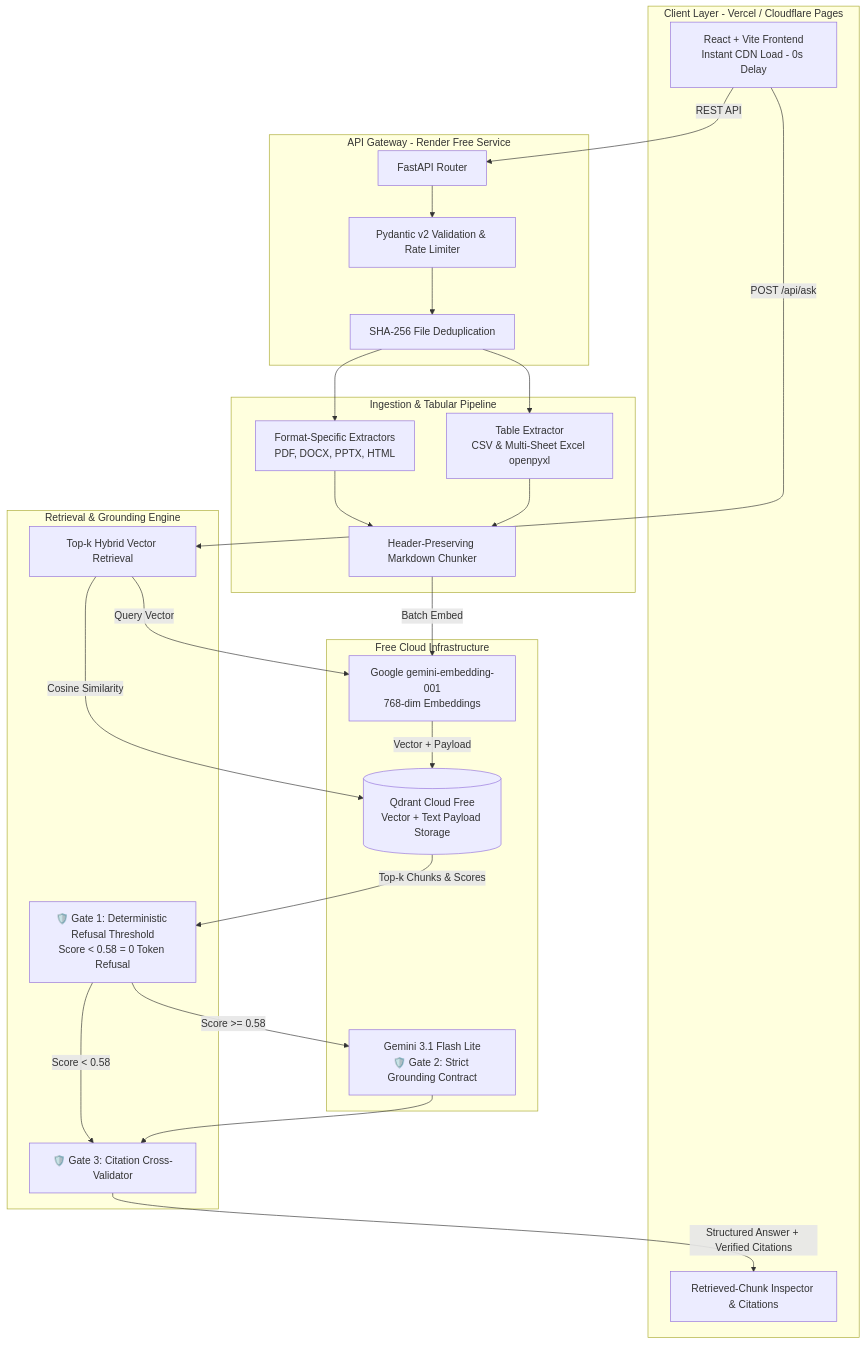
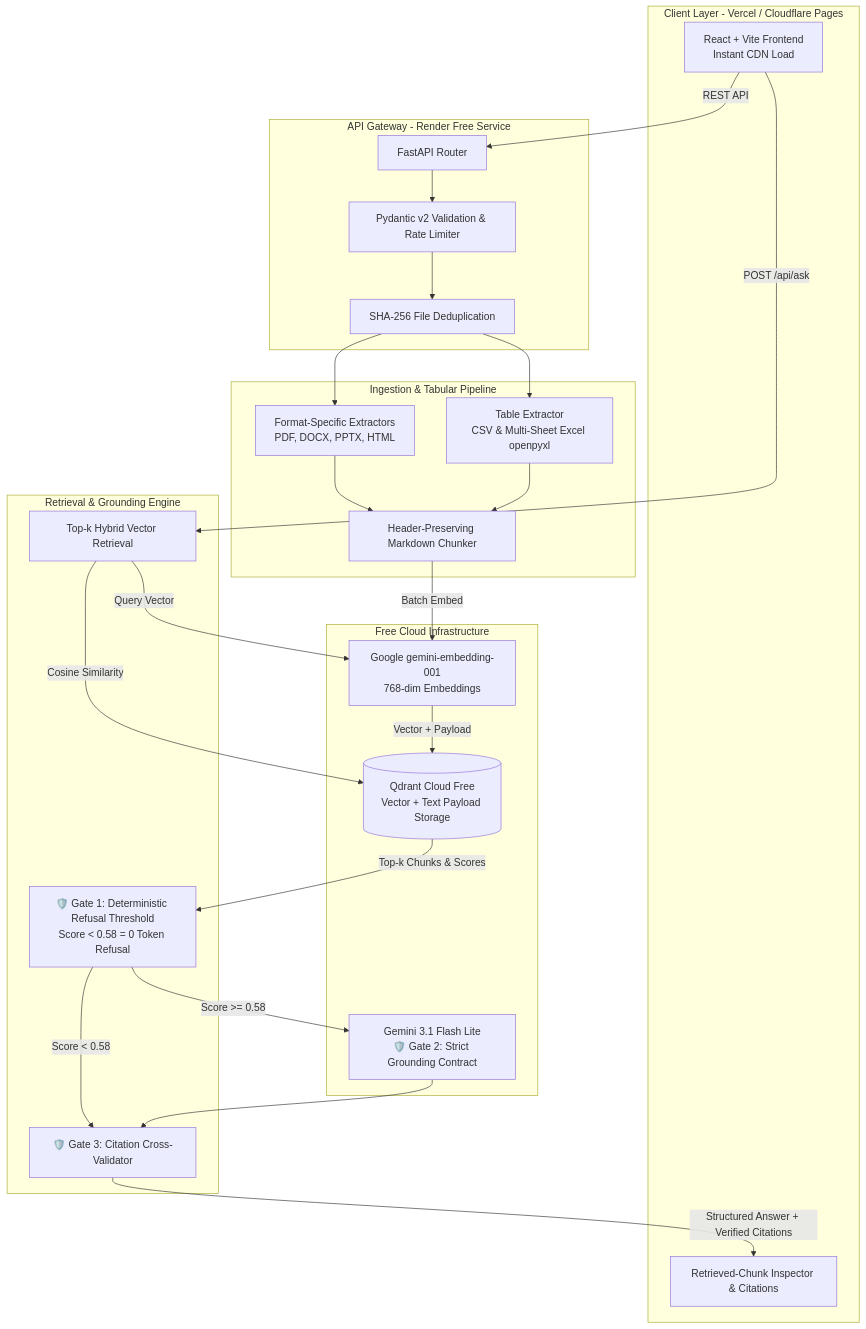
Before and after one commit to qudrat321/PolicyPilot-RAG: the first of 2 diagrams in README.md, drawn with Mermaid. The commit also changed other lines of this file and 9 other files, not shown here.

Commit message:
Support Urdu/Roman Urdu, fix favicon, add dark/light mode, add Dockerfile and fix GitHub mermaid

````diff
--- a/README.md
+++ b/README.md
@@ -26,47 +26,50 @@
 ```mermaid
 flowchart TD
-    subgraph Client [Client Layer - Vercel / Cloudflare Pages]
-        UI[React + Vite Frontend\nInstant CDN Load - 0s Delay]
-        INSP[Retrieved-Chunk Inspector & Citations]
+    subgraph Client ["Client Layer - Vercel / Cloudflare Pages"]
+        UI["React + Vite Frontend<br/>Instant CDN Load"]
+        INSP["Retrieved-Chunk Inspector & Citations"]
     end
 
-    subgraph Gateway [API Gateway - Render Free Service]
-        API[FastAPI Router]
-        SEC[Pydantic v2 Validation & Rate Limiter]
-        DEDUP[SHA-256 File Deduplication]
+    subgraph Gateway ["API Gateway - Render Free Service"]
+        API["FastAPI Router"]
+        SEC["Pydantic v2 Validation & Rate Limiter"]
+        DEDUP["SHA-256 File Deduplication"]
     end
 
-    subgraph Ingestion [Ingestion & Tabular Pipeline]
-        EXT[Format-Specific Extractors\nPDF, DOCX, PPTX, HTML]
-        TBL[Table Extractor\nCSV & Multi-Sheet Excel openpyxl]
-        CHK[Header-Preserving Markdown Chunker]
+    subgraph Ingestion ["Ingestion & Tabular Pipeline"]
+        EXT["Format-Specific Extractors<br/>PDF, DOCX, PPTX, HTML"]
+        TBL["Table Extractor<br/>CSV & Multi-Sheet Excel openpyxl"]
+        CHK["Header-Preserving Markdown Chunker"]
     end
 
-    subgraph Retrieval [Retrieval & Grounding Engine]
+    subgraph Retrieval ["Retrieval & Grounding Engine"]
         RET["Top-k Hybrid Vector Retrieval"]
         DET["🛡️ Gate 1: Deterministic Refusal Threshold<br/>Score < 0.58 = 0 Token Refusal"]
         VAL["🛡️ Gate 3: Citation Cross-Validator"]
     end
 
-    subgraph CloudServices [Free Cloud Infrastructure]
+    subgraph CloudServices ["Free Cloud Infrastructure"]
         QD[("Qdrant Cloud Free<br/>Vector + Text Payload Storage")]
         GEM_EMB["Google gemini-embedding-001<br/>768-dim Embeddings"]
         GEM_LLM["Gemini 3.1 Flash Lite<br/>🛡️ Gate 2: Strict Grounding Contract"]
     end
 
     UI -->|REST API| API
-    API --> SEC --> DEDUP
-    DEDUP --> EXT & TBL
-    EXT & TBL --> CHK
+    API --> SEC
+    SEC --> DEDUP
+    DEDUP --> EXT
+    DEDUP --> TBL
+    EXT --> CHK
+    TBL --> CHK
     CHK -->|Batch Embed| GEM_EMB
     GEM_EMB -->|Vector + Payload| QD
 
     UI -->|POST /api/ask| RET
     RET -->|Query Vector| GEM_EMB
     RET -->|Cosine Similarity| QD
     QD -->|Top-k Chunks & Scores| DET
     DET -->|Score >= 0.58| GEM_LLM
     DET -->|Score < 0.58| VAL
     GEM_LLM --> VAL
     VAL -->|Structured Answer + Verified Citations| INSP
 ```
````
